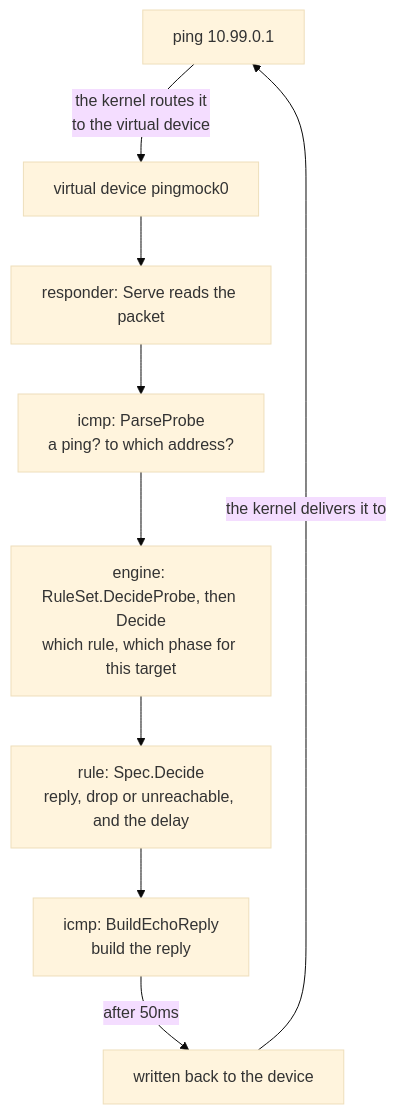
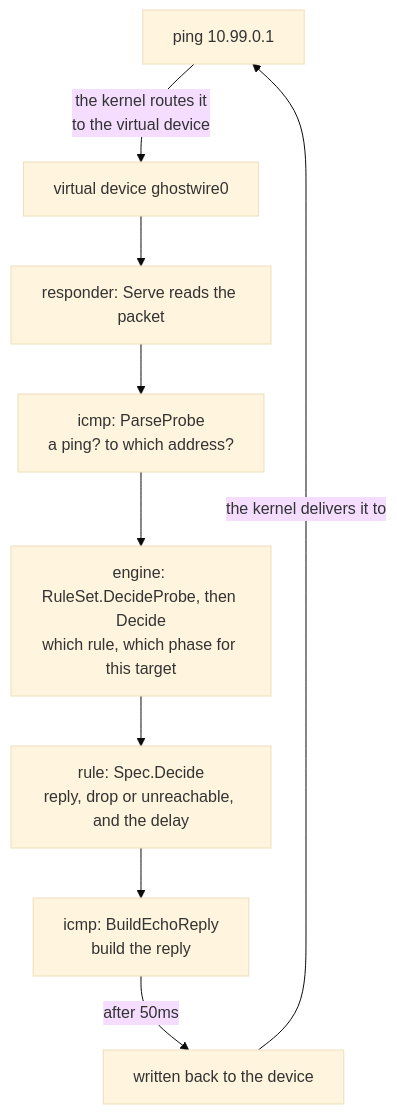
Before and after one commit to nanmuyao-tools/pingmock: the diagram in docs/architecture.md, drawn with Mermaid (base theme). The commit also changed other lines of this file and 128 other files, not shown here.

````diff
--- a/docs/architecture.md
+++ b/docs/architecture.md
@@ -42,11 +42,11 @@
 ```mermaid
 flowchart TD
-    A["ping 10.99.0.1"] -->|"the kernel routes it<br>to the virtual device"| B["virtual device pingmock0"]
+    A["ping 10.99.0.1"] -->|"the kernel routes it<br>to the virtual device"| B["virtual device ghostwire0"]
     B --> C["responder: Serve reads the packet"]
     C --> D["icmp: ParseProbe<br>a ping? to which address?"]
     D --> E["engine: RuleSet.DecideProbe, then Decide<br>which rule, which phase for this target"]
     E --> F["rule: Spec.Decide<br>reply, drop or unreachable, and the delay"]
     F --> G["icmp: BuildEchoReply<br>build the reply"]
     G -->|"after 50ms"| H["written back to the device"]
     H -->|"the kernel delivers it to"| A
 ```
````
